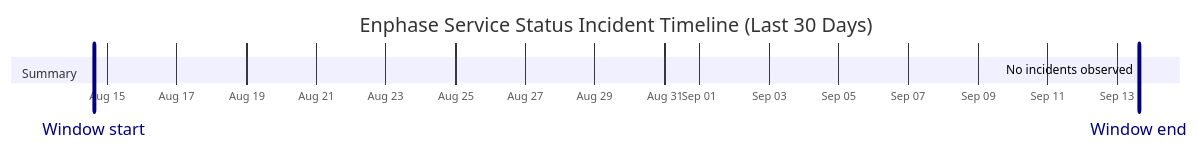
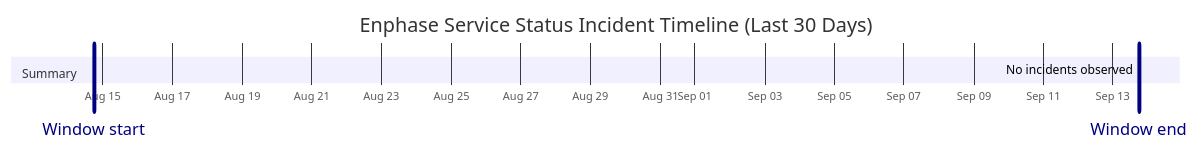
The diagram in wiki/Service-Status-History.md (barneyonline/ha-enphase-energy), drawn with Mermaid before and after one commit. The commit also changed other lines of this file and 3 other files, not shown here.

````diff
--- a/wiki/Service-Status-History.md
+++ b/wiki/Service-Status-History.md
@@ -14,10 +14,10 @@
 ```mermaid
 gantt
     title Enphase Service Status Incident Timeline (Last 30 Days)
     dateFormat  YYYY-MM-DDTHH:mm:ss
     axisFormat  %b %d
-    Window start :vert, window-start, 2026-08-14T14:58:03, 0ms
-    Window end :vert, window-end, 2026-09-13T14:58:03, 0ms
+    Window start :vert, window-start, 2026-08-14T18:02:13, 0ms
+    Window end :vert, window-end, 2026-09-13T18:02:13, 0ms
     section Summary
-    No incidents observed :done, 2026-09-13T14:58:03, 1m
+    No incidents observed :done, 2026-09-13T18:02:13, 1m
 ```
````
